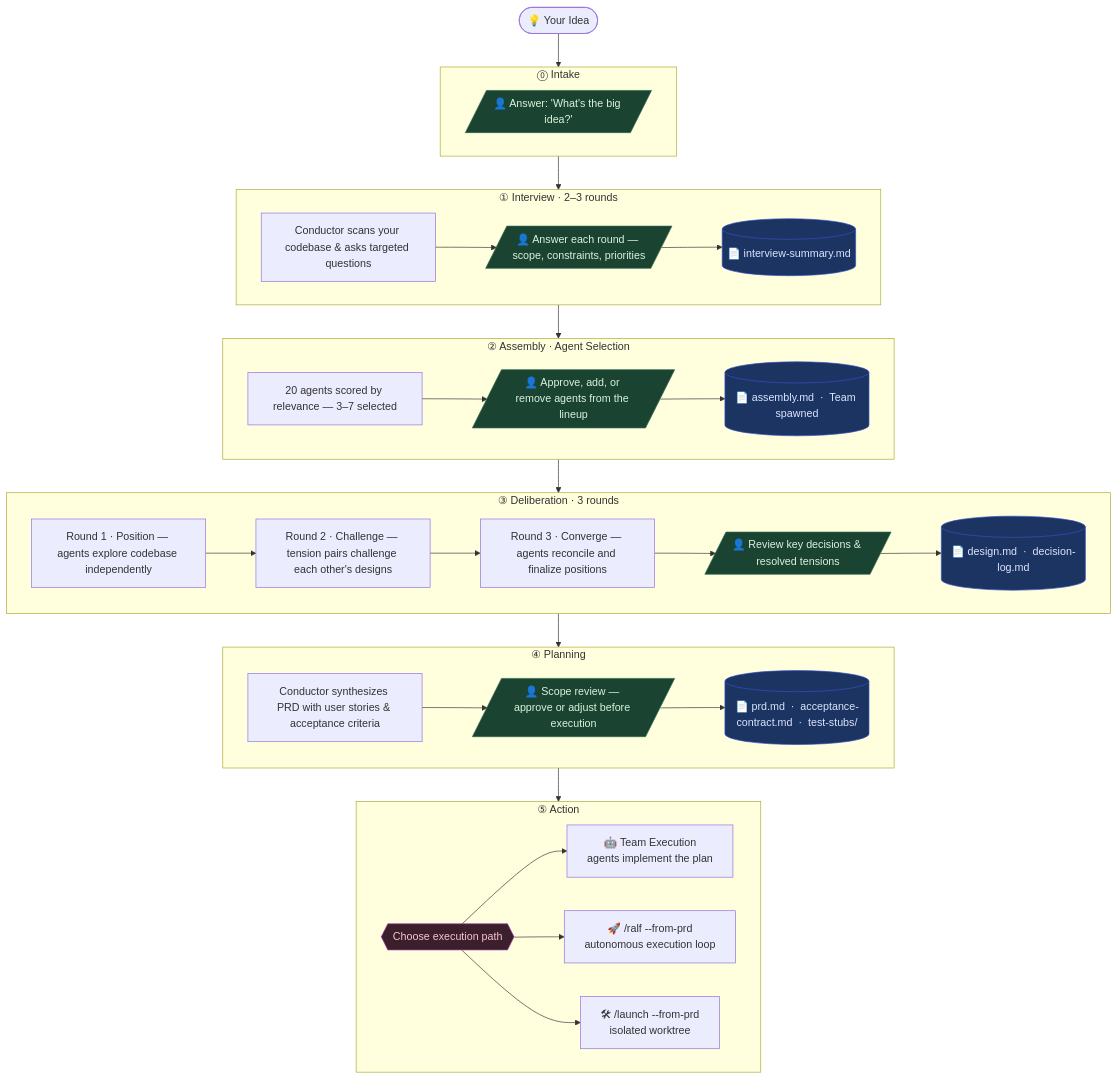
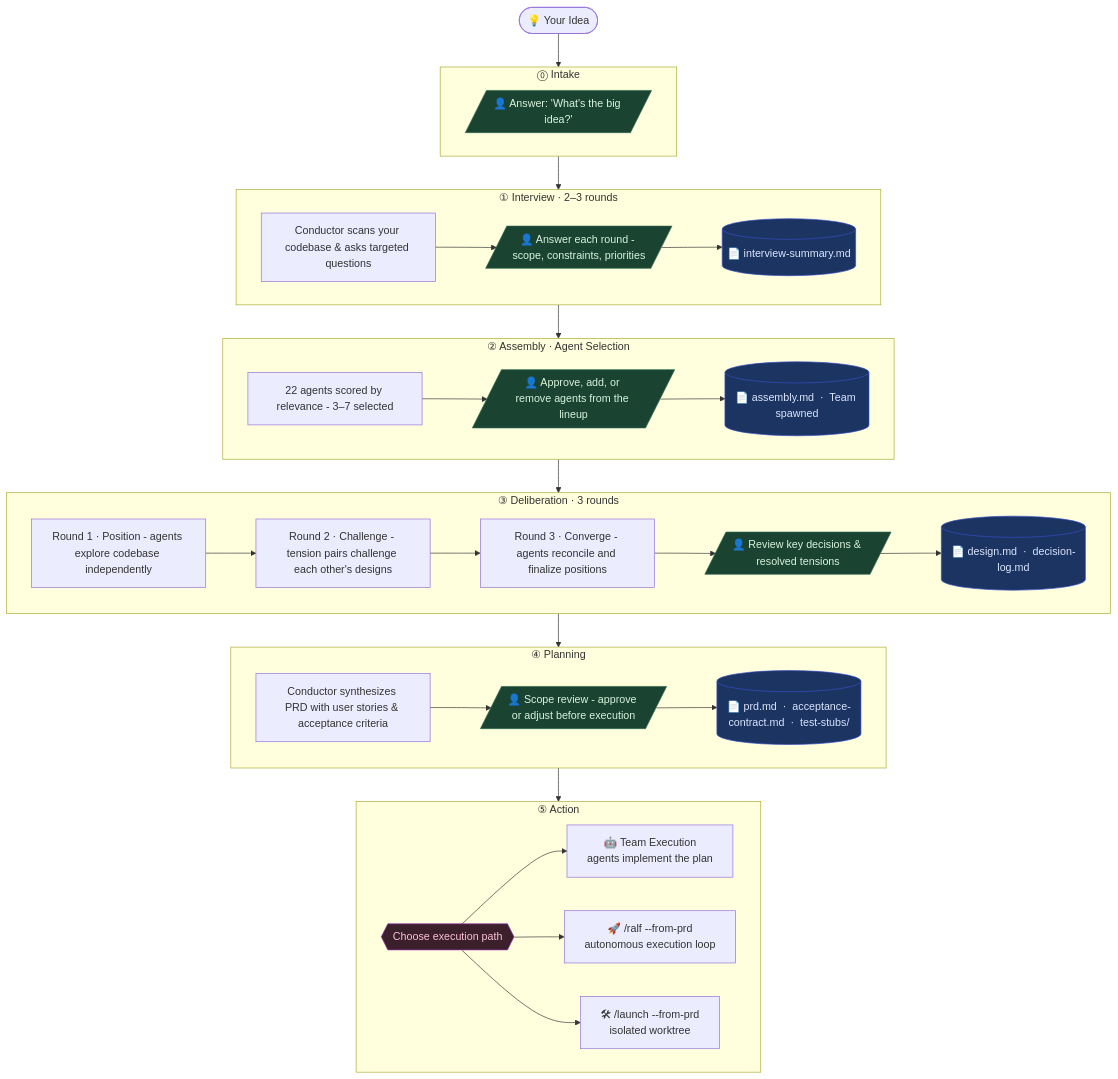
The diagram in skills/council/README.md (dtsong/my-claude-setup), drawn with Mermaid before and after one commit. The commit also changed other lines of this file and 2 other files, not shown here.

````diff
--- a/skills/council/README.md
+++ b/skills/council/README.md
@@ -95,59 +168,59 @@
 ```mermaid
 flowchart TD
     classDef userNode fill:#1b4332,color:#d8f3dc,stroke:#2d6a4f
     classDef artifactNode fill:#1c3461,color:#dbe4ff,stroke:#364fc7
     classDef actionNode fill:#3b1f2b,color:#fcc2d7,stroke:#9c36b5
 
     START(["💡 Your Idea"])
 
     subgraph P0["⓪  Intake"]
         p0u[/"👤 Answer: 'What's the big idea?'"/]:::userNode
     end
 
     subgraph P1["①  Interview  ·  2–3 rounds"]
         p1p["Conductor scans your codebase & asks targeted questions"]
-        p1u[/"👤 Answer each round — scope, constraints, priorities"/]:::userNode
+        p1u[/"👤 Answer each round - scope, constraints, priorities"/]:::userNode
         p1a[("📄 interview-summary.md")]:::artifactNode
         p1p --> p1u --> p1a
     end
 
     subgraph P2["②  Assembly  ·  Agent Selection"]
-        p2p["20 agents scored by relevance — 3–7 selected"]
+        p2p["22 agents scored by relevance - 3–7 selected"]
         p2u[/"👤 Approve, add, or remove agents from the lineup"/]:::userNode
         p2a[("📄 assembly.md  ·  Team spawned")]:::artifactNode
         p2p --> p2u --> p2a
     end
 
     subgraph P3["③  Deliberation  ·  3 rounds"]
-        p3r1["Round 1 · Position — agents explore codebase independently"]
-        p3r2["Round 2 · Challenge — tension pairs challenge each other's designs"]
-        p3r3["Round 3 · Converge — agents reconcile and finalize positions"]
+        p3r1["Round 1 · Position - agents explore codebase independently"]
+        p3r2["Round 2 · Challenge - tension pairs challenge each other's designs"]
+        p3r3["Round 3 · Converge - agents reconcile and finalize positions"]
         p3u[/"👤 Review key decisions & resolved tensions"/]:::userNode
         p3a[("📄 design.md  ·  decision-log.md")]:::artifactNode
         p3r1 --> p3r2 --> p3r3 --> p3u --> p3a
     end
 
     subgraph P4["④  Planning"]
         p4p["Conductor synthesizes PRD with user stories & acceptance criteria"]
-        p4u[/"👤 Scope review — approve or adjust before execution"/]:::userNode
+        p4u[/"👤 Scope review - approve or adjust before execution"/]:::userNode
         p4a[("📄 prd.md  ·  acceptance-contract.md  ·  test-stubs/")]:::artifactNode
         p4p --> p4u --> p4a
     end
 
     subgraph P5["⑤  Action"]
         p5c{{"Choose execution path"}}:::actionNode
         p5b["🤖 Team Execution\nagents implement the plan"]
         p5r["🚀 /ralf --from-prd\nautonomous execution loop"]
         p5l["🛠 /launch --from-prd\nisolated worktree"]
         p5c --> p5b
         p5c --> p5r
         p5c --> p5l
     end
 
     START --> P0
     P0 --> P1
     P1 --> P2
     P2 --> P3
     P3 --> P4
     P4 --> P5
 ```
````
